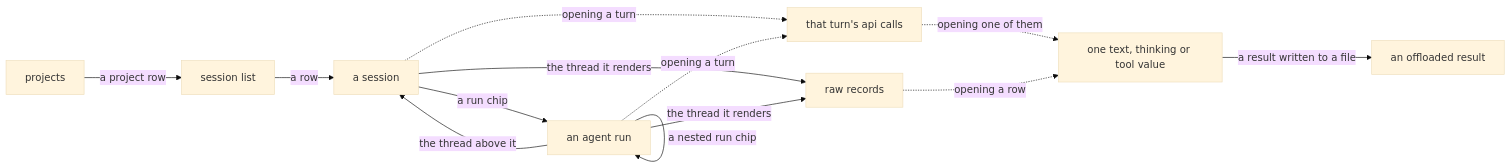
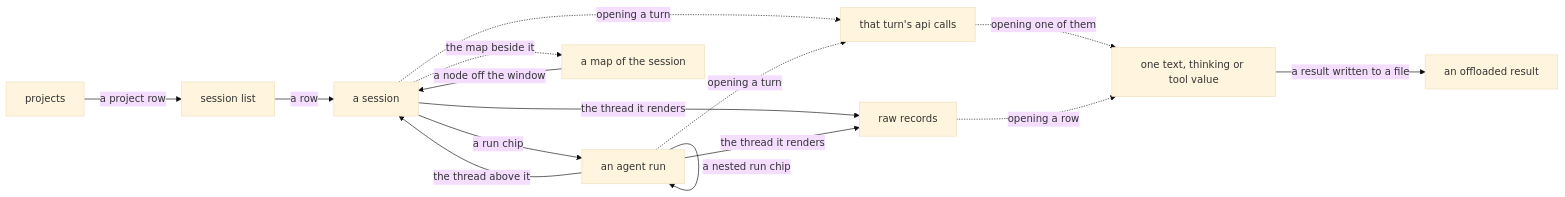
The diagram in docs/viewer.md (nathanielobrown/aiobserve), drawn with Mermaid (base theme) before and after one commit. The commit also changed other lines of this file, not shown here.

````diff
--- a/docs/viewer.md
+++ b/docs/viewer.md
@@ -9,15 +9,17 @@
 ```mermaid
 flowchart LR
     projects["projects"] -->|"a project row"| session_list["session list"]
     session_list -->|"a row"| session_page["a session"]
     session_page -->|"a run chip"| run_page["an agent run"]
+    session_page -.->|"the map beside it"| session_map["a map of the session"]
+    session_map -->|"a node off the window"| session_page
     run_page -->|"a nested run chip"| run_page
     run_page -->|"the thread above it"| session_page
     session_page -->|"the thread it renders"| records_page["raw records"]
     run_page -->|"the thread it renders"| records_page
     session_page -.->|"opening a turn"| turn_calls["that turn's api calls"]
     run_page -.->|"opening a turn"| turn_calls
     turn_calls -.->|"opening one of them"| one_value["one text, thinking or tool value"]
     records_page -.->|"opening a row"| one_value
     one_value -->|"a result written to a file"| offload_page["an offloaded result"]
 ```
````
